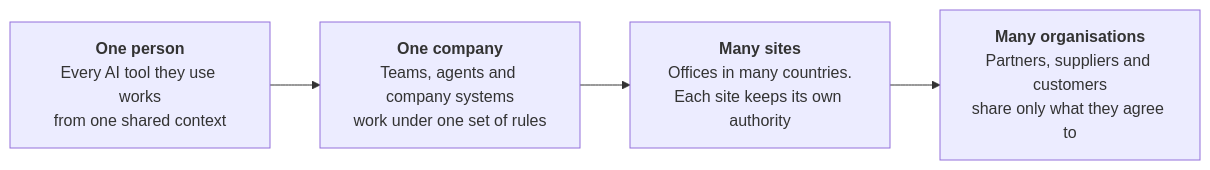
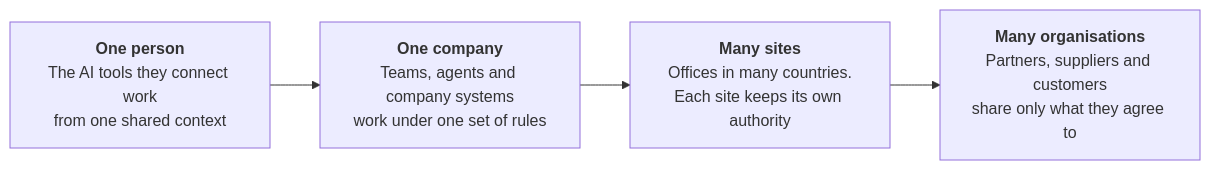
Before and after one commit to mgillr/memev: the second of 4 diagrams in docs/trust-architecture/README.md, drawn with Mermaid. The commit also changed other lines of this file and 4 other files, not shown here.

````diff
--- a/docs/trust-architecture/README.md
+++ b/docs/trust-architecture/README.md
@@ -36,8 +36,8 @@
 ```mermaid
 flowchart LR
-    person["<b>One person</b><br/>Every AI tool they use works<br/>from one shared context"]
+    person["<b>One person</b><br/>The AI tools they connect work<br/>from one shared context"]
     company["<b>One company</b><br/>Teams, agents and company systems<br/>work under one set of rules"]
     sites["<b>Many sites</b><br/>Offices in many countries.<br/>Each site keeps its own authority"]
     firms["<b>Many organisations</b><br/>Partners, suppliers and customers<br/>share only what they agree to"]
     person --> company --> sites --> firms
 ```
````
